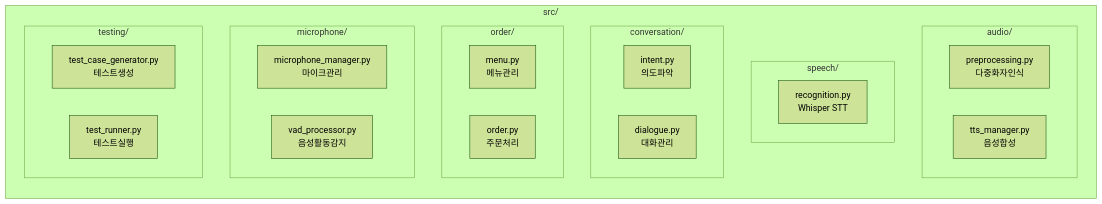
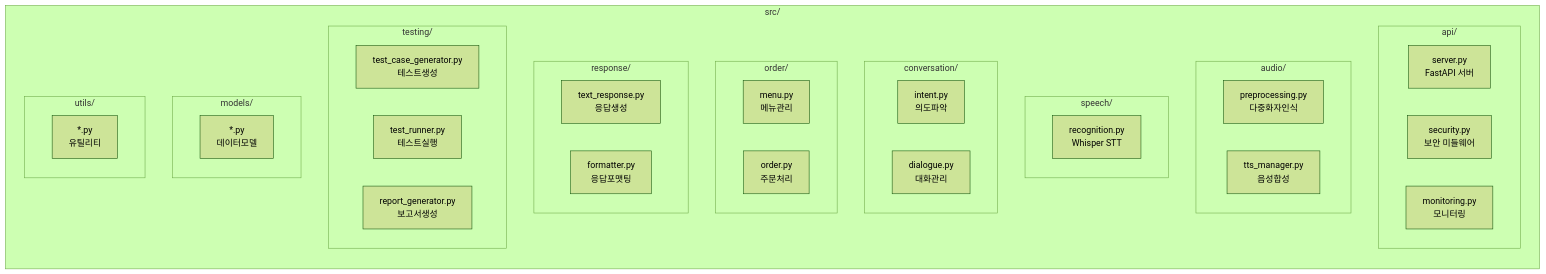
Before and after one commit to melpes/kiosk: the third of 7 diagrams in architecture_diagrams.md, drawn with Mermaid (forest theme). The commit also changed other lines of this file, not shown here.

First line of the commit message:
Update architecture_diagrams.md

````diff
--- a/architecture_diagrams.md
+++ b/architecture_diagrams.md
@@ -100,33 +121,48 @@
 ```mermaid
 graph LR
     subgraph "src/"
+        subgraph "api/"
+            API1[server.py<br/>FastAPI 서버]
+            API2[security.py<br/>보안 미들웨어]
+            API3[monitoring.py<br/>모니터링]
+        end
+        
         subgraph "audio/"
             A1[preprocessing.py<br/>다중화자인식]
             A2[tts_manager.py<br/>음성합성]
         end
         
         subgraph "speech/"
             S1[recognition.py<br/>Whisper STT]
         end
         
         subgraph "conversation/"
             C1[intent.py<br/>의도파악]
             C2[dialogue.py<br/>대화관리]
         end
         
         subgraph "order/"
             O1[menu.py<br/>메뉴관리]
             O2[order.py<br/>주문처리]
         end
         
-        subgraph "microphone/"
-            M1[microphone_manager.py<br/>마이크관리]
-            M2[vad_processor.py<br/>음성활동감지]
+        subgraph "response/"
+            R1[text_response.py<br/>응답생성]
+            R2[formatter.py<br/>응답포맷팅]
         end
         
         subgraph "testing/"
             T1[test_case_generator.py<br/>테스트생성]
             T2[test_runner.py<br/>테스트실행]
+            T3[report_generator.py<br/>보고서생성]
+        end
+        
+        subgraph "models/"
+            M1[*.py<br/>데이터모델]
+        end
+        
+        subgraph "utils/"
+            U1[*.py<br/>유틸리티]
         end
     end
 ```
````
